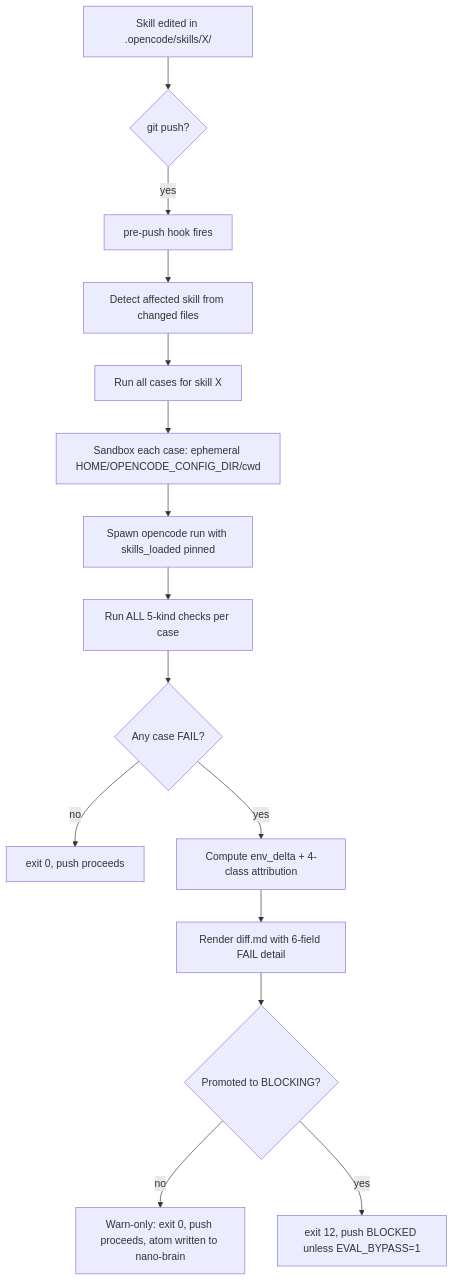
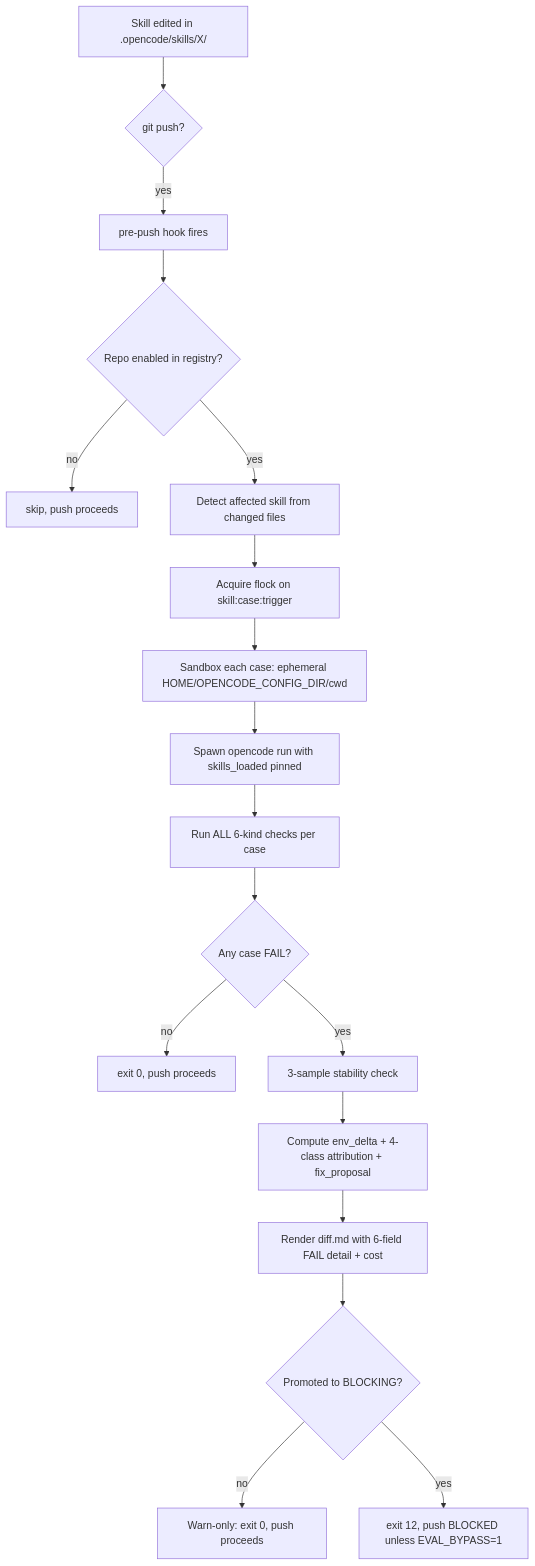
Before and after one commit to nano-step/eval-harness: the first of 2 diagrams in README.md, drawn with Mermaid. The commit also changed other lines of this file, not shown here.

````diff
--- a/README.md
+++ b/README.md
@@ -140,17 +166,20 @@
 ```mermaid
 flowchart TD
   A[Skill edited in .opencode/skills/X/] --> B{git push?}
   B -- yes --> C[pre-push hook fires]
-  C --> D[Detect affected skill from changed files]
-  D --> E[Run all cases for skill X]
-  E --> F[Sandbox each case: ephemeral HOME/OPENCODE_CONFIG_DIR/cwd]
-  F --> G[Spawn opencode run with skills_loaded pinned]
-  G --> H[Run ALL 5-kind checks per case]
-  H --> I{Any case FAIL?}
-  I -- no --> J[exit 0, push proceeds]
-  I -- yes --> K[Compute env_delta + 4-class attribution]
-  K --> L[Render diff.md with 6-field FAIL detail]
-  L --> M{Promoted to BLOCKING?}
-  M -- no  --> N[Warn-only: exit 0, push proceeds, atom written to nano-brain]
-  M -- yes --> O[exit 12, push BLOCKED unless EVAL_BYPASS=1]
+  C --> D{Repo enabled in registry?}
+  D -- no  --> Z[skip, push proceeds]
+  D -- yes --> E[Detect affected skill from changed files]
+  E --> F[Acquire flock on skill:case:trigger]
+  F --> G[Sandbox each case: ephemeral HOME/OPENCODE_CONFIG_DIR/cwd]
+  G --> H[Spawn opencode run with skills_loaded pinned]
+  H --> I[Run ALL 6-kind checks per case]
+  I --> J{Any case FAIL?}
+  J -- no --> K[exit 0, push proceeds]
+  J -- yes --> L[3-sample stability check]
+  L --> M[Compute env_delta + 4-class attribution + fix_proposal]
+  M --> N[Render diff.md with 6-field FAIL detail + cost]
+  N --> O{Promoted to BLOCKING?}
+  O -- no  --> P[Warn-only: exit 0, push proceeds]
+  O -- yes --> Q[exit 12, push BLOCKED unless EVAL_BYPASS=1]
 ```
````
